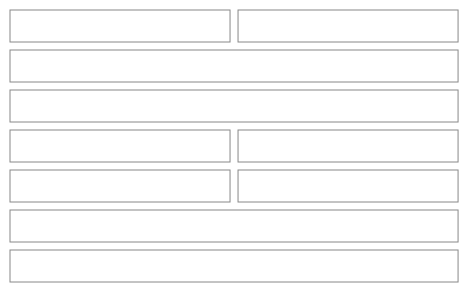
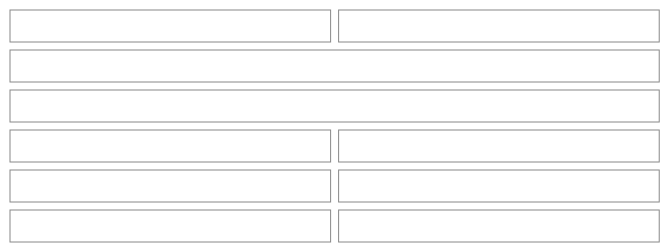
Before and after one commit to NovaMoonX/moondreams-dev-apps: diagram 15 of 27 in src/apps/pinch/UX.md, drawn with Mermaid. The commit also changed other lines of this file and 24 other files, not shown here.

````diff
--- a/src/apps/pinch/UX.md
+++ b/src/apps/pinch/UX.md
@@ -515,25 +515,25 @@
 ```mermaid
 %%{init: {'theme': 'base', 'themeVariables': {'primaryColor': 'transparent', 'primaryBorderColor': '#888888', 'primaryTextColor': '#333333', 'lineColor': '#888888'}}}%%
 block-beta
   columns 2
   I1["Chicken breast"]:1
-  I2["Chicken"]:1
+  I2["Chicken · Adjusted by you · 1 serving = 5 oz"]:1
   I3["Per 100 g · 🔥 165 · 💪 31g · 🌾 0g · 🥑 3.6g"]:2
   I4["Products"]:2
   I5["⭐ Walmart · Great Value 3 lb"]:1
   I6["$9.48"]:1
   I7["Costco · 6.5 lb"]:1
   I8["$19.99"]:1
-  I9["+ Add a product"]:2
-  I11["✏️ Modify"]:2
+  I9["Adjust"]:1
+  I11["+ Add a product"]:1
   style I1 fill:transparent,stroke:#888888,stroke-width:1px;
   style I2 fill:transparent,stroke:#888888,stroke-width:1px;
   style I3 fill:transparent,stroke:#888888,stroke-width:1px;
   style I4 fill:transparent,stroke:#888888,stroke-width:1px;
   style I5 fill:transparent,stroke:#888888,stroke-width:1px;
   style I6 fill:transparent,stroke:#888888,stroke-width:1px;
   style I7 fill:transparent,stroke:#888888,stroke-width:1px;
   style I8 fill:transparent,stroke:#888888,stroke-width:1px;
   style I9 fill:transparent,stroke:#888888,stroke-width:1px;
   style I11 fill:transparent,stroke:#888888,stroke-width:1px;
 ```
````
